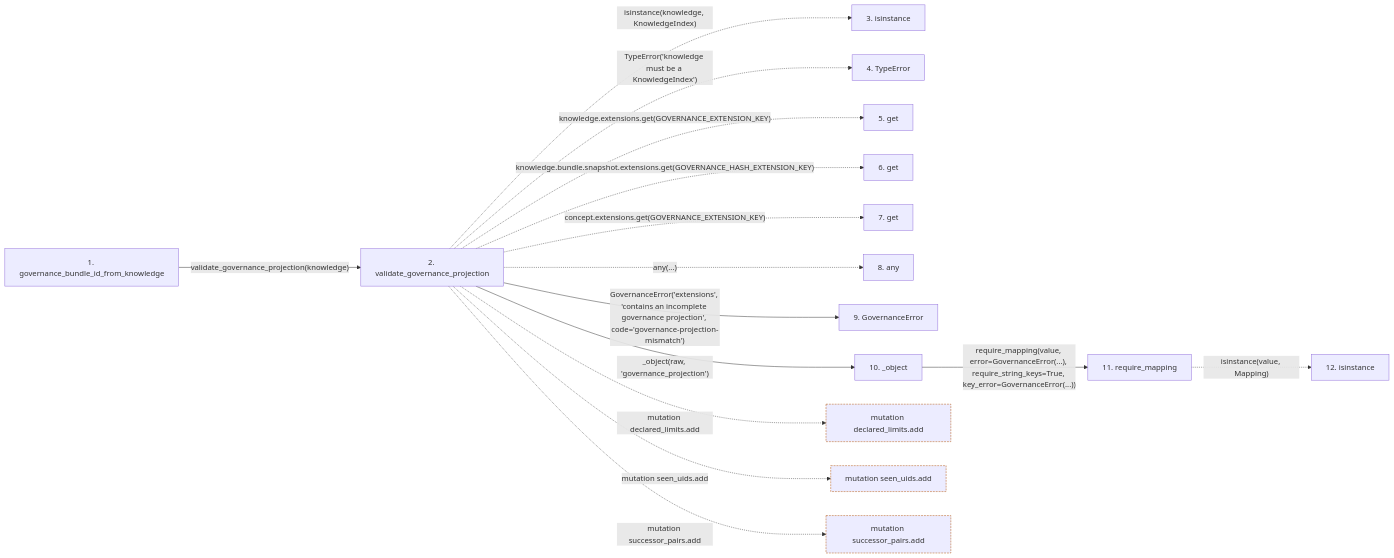
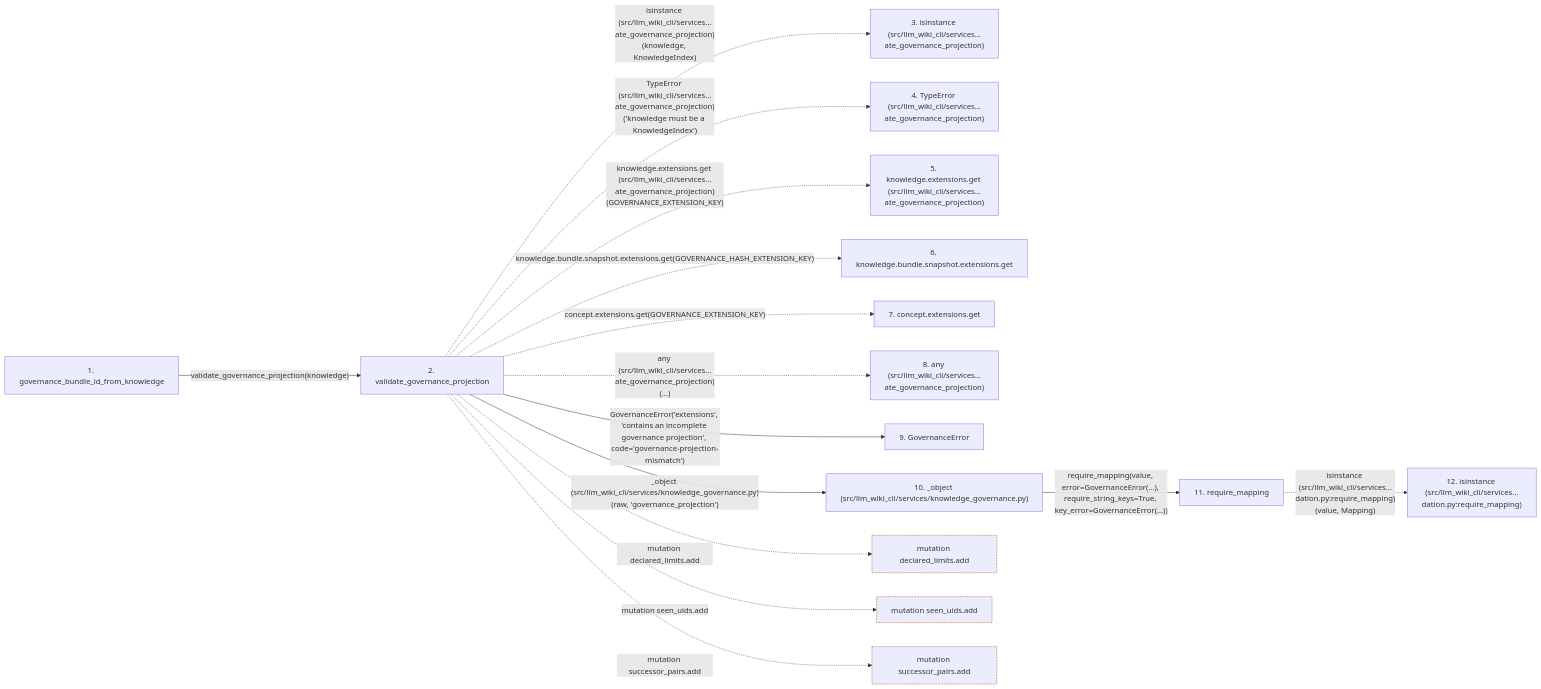
One commit to Denissvgn/python-wiki-llm changed the second of 2 diagrams in docs/llm_wiki/flows/api-governance_bundle_id_from_knowledge.md. Above: the diagram before and after it, drawn with Mermaid. The commit also changed other lines of this file and 719 other files, not shown here.

````diff
--- a/docs/llm_wiki/flows/api-governance_bundle_id_from_knowledge.md
+++ b/docs/llm_wiki/flows/api-governance_bundle_id_from_knowledge.md
@@ -80,41 +84,41 @@
 ```mermaid
 flowchart LR
     s1["1. governance_bundle_id_from_knowledge"]
     s2["2. validate_governance_projection"]
-    s3["3. isinstance"]
-    s4["4. TypeError"]
-    s5["5. get"]
-    s6["6. get"]
-    s7["7. get"]
-    s8["8. any"]
+    s3["3. isinstance (src/llm_wiki_cli/services…ate_governance_projection)"]
+    s4["4. TypeError (src/llm_wiki_cli/services…ate_governance_projection)"]
+    s5["5. knowledge.extensions.get (src/llm_wiki_cli/services…ate_governance_projection)"]
+    s6["6. knowledge.bundle.snapshot.extensions.get"]
+    s7["7. concept.extensions.get"]
+    s8["8. any (src/llm_wiki_cli/services…ate_governance_projection)"]
     s9["9. GovernanceError"]
-    s10["10. _object"]
+    s10["10. _object (src/llm_wiki_cli/services/knowledge_governance.py)"]
     s11["11. require_mapping"]
-    s12["12. isinstance"]
+    s12["12. isinstance (src/llm_wiki_cli/services…dation.py:require_mapping)"]
     s1 -->|"validate_governance_projection(knowledge)"| s2
-    s2 -. "isinstance(knowledge, KnowledgeIndex)" .-> s3
-    s2 -. "TypeError('knowledge must be a KnowledgeIndex')" .-> s4
-    s2 -. "knowledge.extensions.get(GOVERNANCE_EXTENSION_KEY)" .-> s5
+    s2 -. "isinstance (src/llm_wiki_cli/services…ate_governance_projection)(knowledge, KnowledgeIndex)" .-> s3
+    s2 -. "TypeError (src/llm_wiki_cli/services…ate_governance_projection)('knowledge must be a KnowledgeIndex')" .-> s4
+    s2 -. "knowledge.extensions.get (src/llm_wiki_cli/services…ate_governance_projection)(GOVERNANCE_EXTENSION_KEY)" .-> s5
     s2 -. "knowledge.bundle.snapshot.extensions.get(GOVERNANCE_HASH_EXTENSION_KEY)" .-> s6
     s2 -. "concept.extensions.get(GOVERNANCE_EXTENSION_KEY)" .-> s7
-    s2 -. "any(...)" .-> s8
+    s2 -. "any (src/llm_wiki_cli/services…ate_governance_projection)(...)" .-> s8
     s2 -->|"GovernanceError('extensions', 'contains an incomplete governance projection', code='governance-projection-mismatch')"| s9
-    s2 -->|"_object(raw, 'governance_projection')"| s10
+    s2 -->|"_object (src/llm_wiki_cli/services/knowledge_governance.py)(raw, 'governance_projection')"| s10
     s10 -->|"require_mapping(value, error=GovernanceError(...), require_string_keys=True, key_error=GovernanceError(...))"| s11
-    s11 -. "isinstance(value, Mapping)" .-> s12
+    s11 -. "isinstance (src/llm_wiki_cli/services…dation.py:require_mapping)(value, Mapping)" .-> s12
     b0["mutation declared_limits.add"]
     s2 -. "mutation declared_limits.add" .-> b0
     b1["mutation seen_uids.add"]
     s2 -. "mutation seen_uids.add" .-> b1
     b2["mutation successor_pairs.add"]
     s2 -. "mutation successor_pairs.add" .-> b2
     click s1 "../modules/knowledge_governance.md"
     click s2 "../modules/knowledge_governance.md"
     click s9 "../modules/knowledge_governance.md"
     click s10 "../modules/knowledge_governance.md"
     click s11 "../modules/validation.md"
     classDef boundary stroke:#b45309,stroke-dasharray: 4 2
     class b0 boundary
     class b1 boundary
     class b2 boundary
 ```
````
